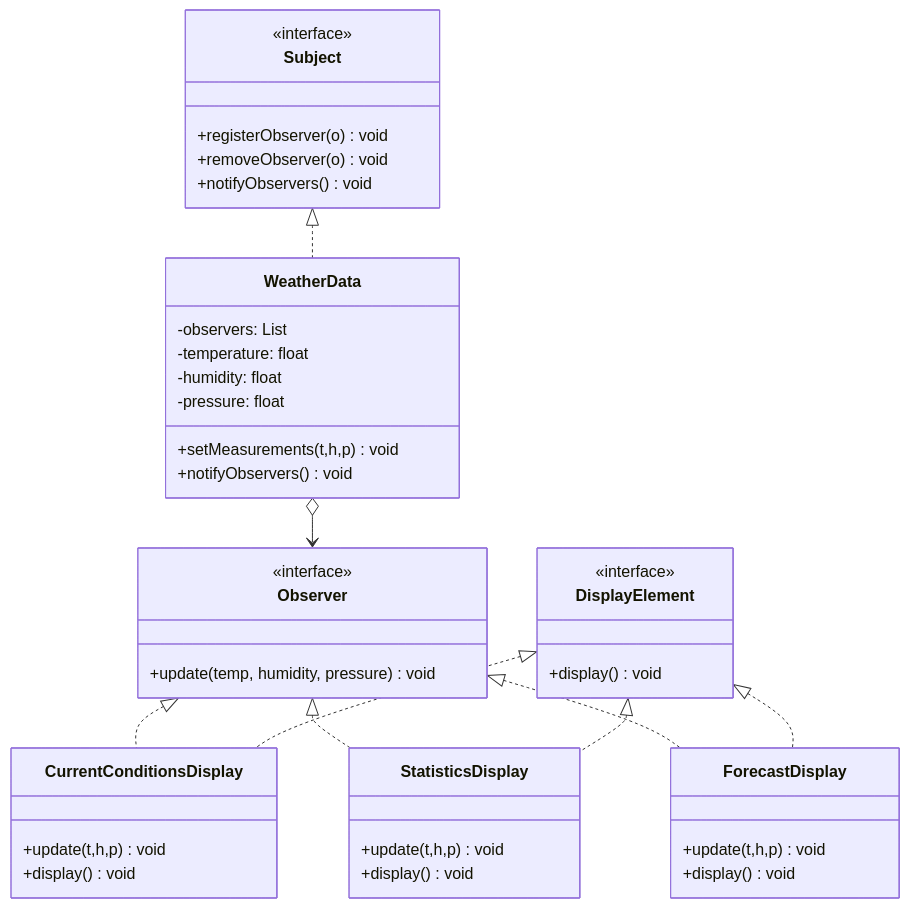
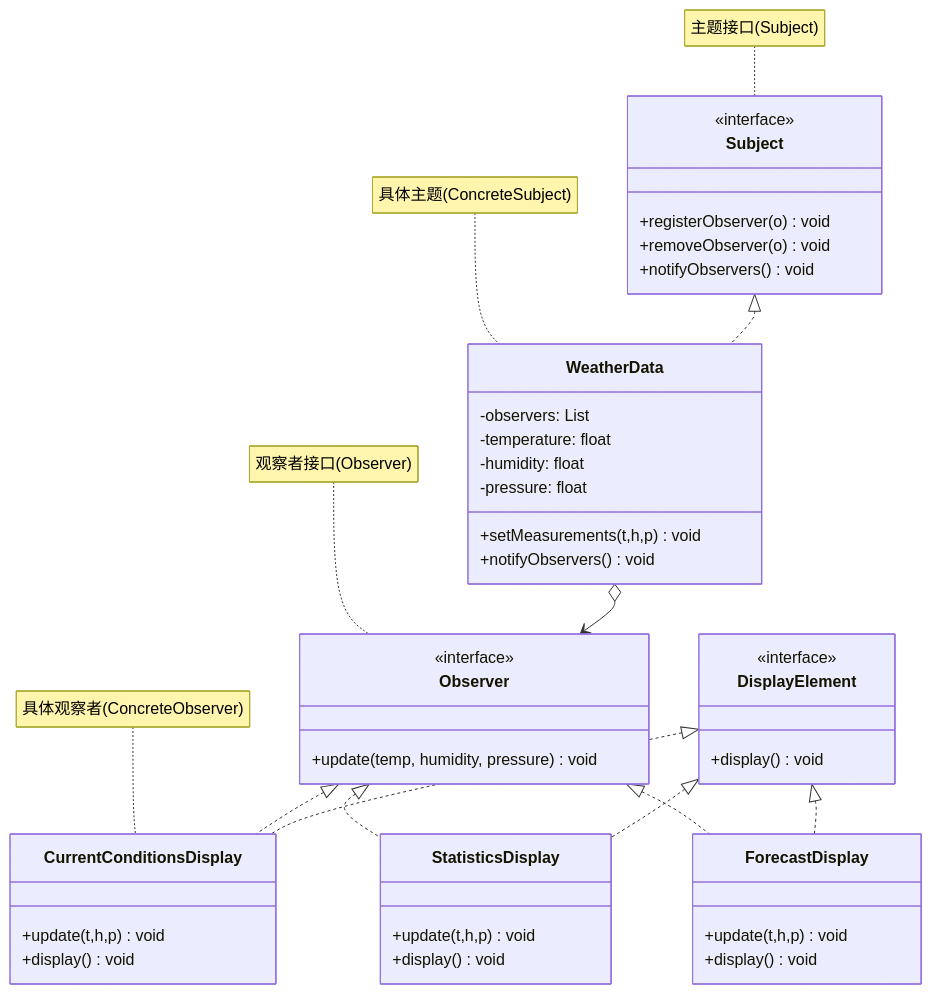
Before and after one commit to luguosong/programming-notes: the diagram in docs/topic/design-patterns/behavioral-patterns/observer/index.md, drawn with Mermaid. The commit also changed 23 other files, not shown here.

First line of the commit message:
fix: 修正设计模式 UML 箭头类型并添加角色标注

````diff
--- a/docs/topic/design-patterns/behavioral-patterns/observer/index.md
+++ b/docs/topic/design-patterns/behavioral-patterns/observer/index.md
@@ -35,45 +35,49 @@
 ```mermaid
 classDiagram
     class Subject {
         <<interface>>
         +registerObserver(o) void
         +removeObserver(o) void
         +notifyObservers() void
     }
     class Observer {
         <<interface>>
         +update(temp, humidity, pressure) void
     }
     class DisplayElement {
         <<interface>>
         +display() void
     }
     class WeatherData {
         -observers: List
         -temperature: float
         -humidity: float
         -pressure: float
         +setMeasurements(t,h,p) void
         +notifyObservers() void
     }
     class CurrentConditionsDisplay {
         +update(t,h,p) void
         +display() void
     }
     class StatisticsDisplay {
         +update(t,h,p) void
         +display() void
     }
     class ForecastDisplay {
         +update(t,h,p) void
         +display() void
     }
     Subject <|.. WeatherData
     Observer <|.. CurrentConditionsDisplay
     Observer <|.. StatisticsDisplay
     Observer <|.. ForecastDisplay
     DisplayElement <|.. CurrentConditionsDisplay
     DisplayElement <|.. StatisticsDisplay
     DisplayElement <|.. ForecastDisplay
     WeatherData o--> Observer
+    note for Subject "主题接口(Subject)"
+    note for Observer "观察者接口(Observer)"
+    note for WeatherData "具体主题(ConcreteSubject)"
+    note for CurrentConditionsDisplay "具体观察者(ConcreteObserver)"
 ```
````
